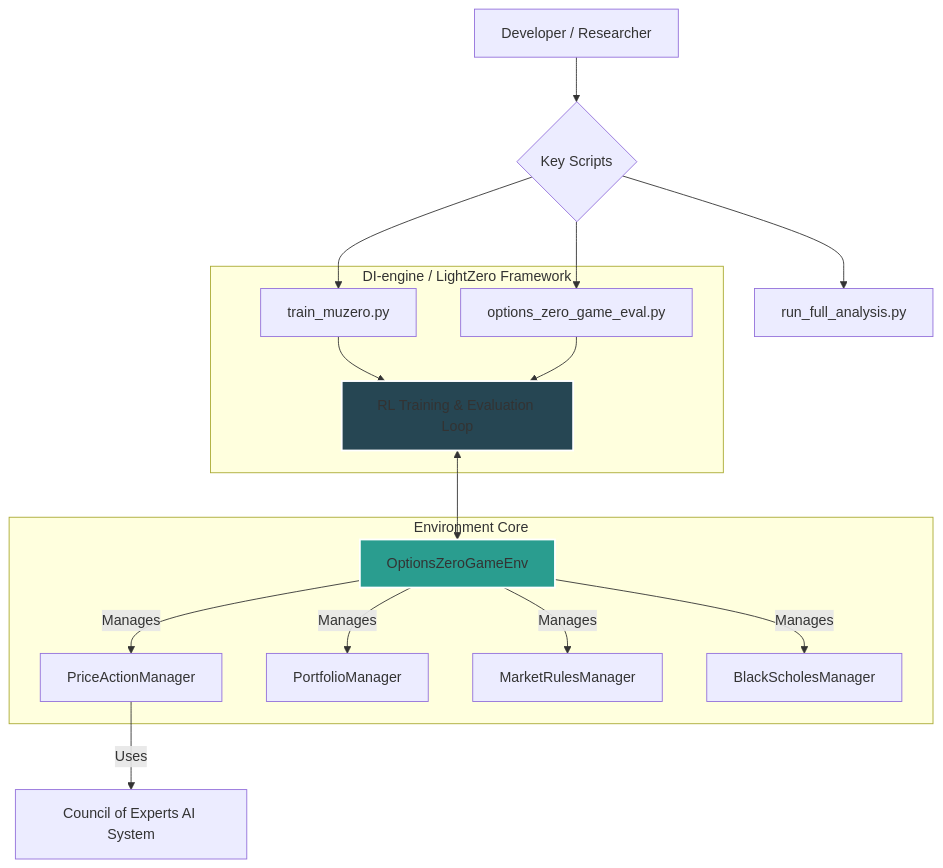
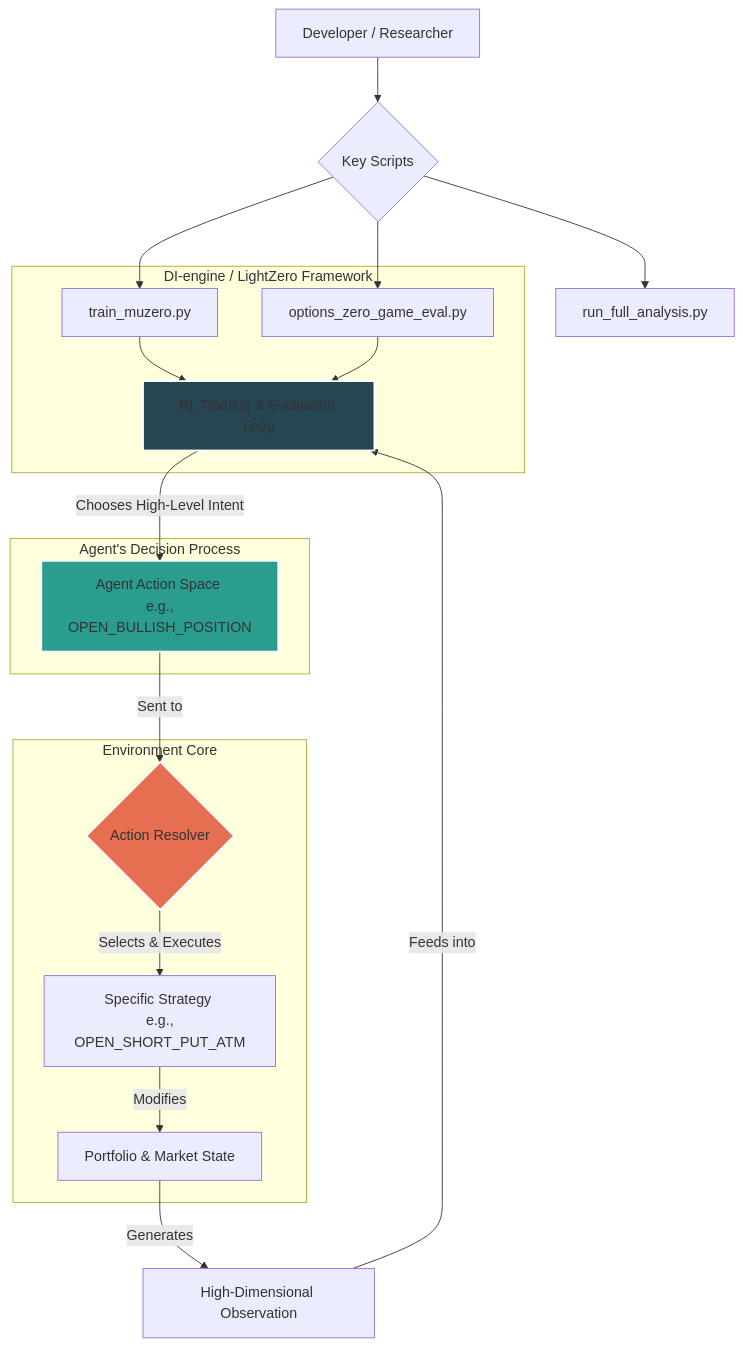
Before and after one commit to mimansoor/options_zero_game: the first of 2 diagrams in Options_Zero_Game.md, drawn with Mermaid. The commit also changed other lines of this file, not shown here.

````diff
--- a/Options_Zero_Game.md
+++ b/Options_Zero_Game.md
@@ -13,25 +13,28 @@
 ```mermaid
 graph TD
     A[Developer / Researcher] --> B{Key Scripts};
     B --> C[train_muzero.py];
     B --> D[options_zero_game_eval.py];
     B --> E[run_full_analysis.py];
 
     subgraph DI-engine / LightZero Framework
         C & D --> F[RL Training & Evaluation Loop];
     end
 
-    F <--> G[OptionsZeroGameEnv];
+    subgraph Agent's Decision Process
+        F -- Chooses High-Level Intent --> G[Agent Action Space <br> e.g., OPEN_BULLISH_POSITION];
+    end
 
     subgraph Environment Core
-        G -- Manages --> H[PriceActionManager];
-        G -- Manages --> I[PortfolioManager];
-        G -- Manages --> J[MarketRulesManager];
-        G -- Manages --> K[BlackScholesManager];
+        G -- Sent to --> H{Action Resolver};
+        H -- Selects & Executes --> I[Specific Strategy <br> e.g., OPEN_SHORT_PUT_ATM];
+        I -- Modifies --> J[Portfolio & Market State];
     end
-
-    H -- Uses --> L["Council of Experts" AI System];
+    
+    J -- Generates --> K[High-Dimensional Observation];
+    K -- Feeds into --> F;
 
     style G fill:#2a9d8f,stroke:#fff,stroke-width:2px
+    style H fill:#e76f51,stroke:#fff,stroke-width:2px
     style F fill:#264653,stroke:#fff,stroke-width:2px
 ```
````
